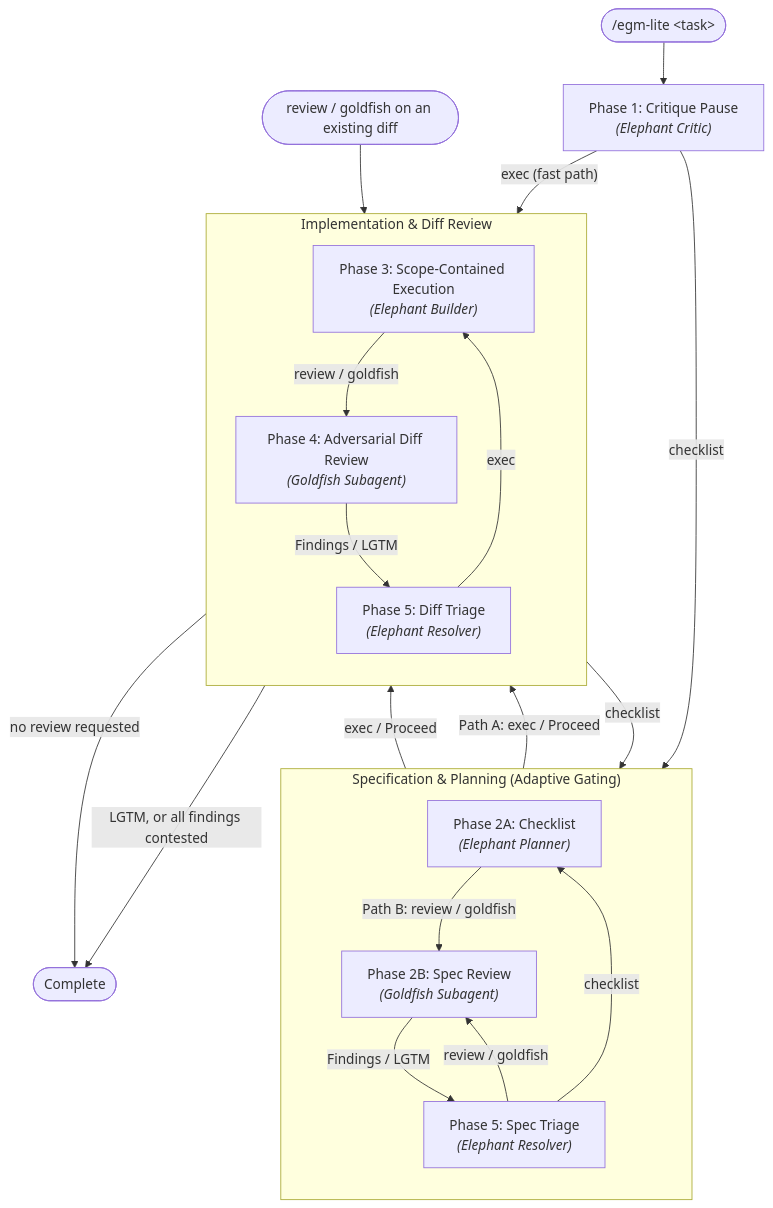
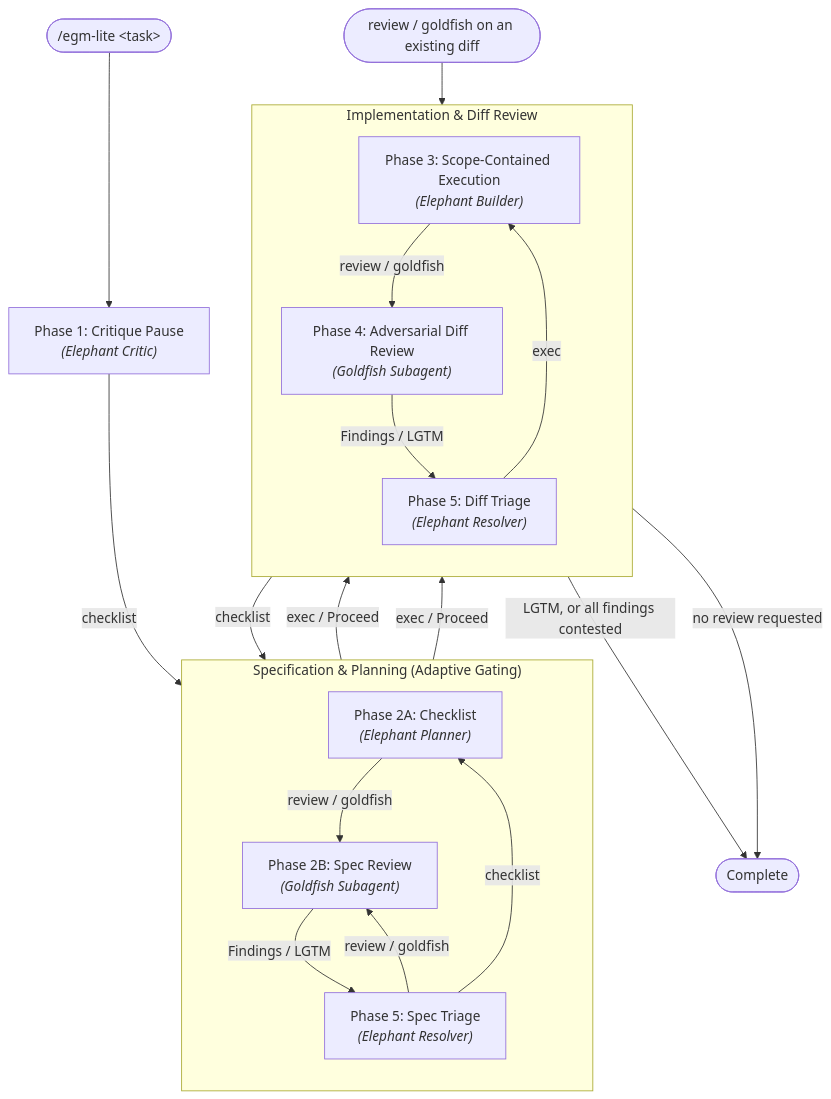
The diagram in docs/designs/lite.md (google/elephant-goldfish-model), drawn with Mermaid before and after one commit. The commit also changed other lines of this file and 3 other files, not shown here.

First line of the commit message:
Make checklist the only command at the egm-lite Critique Pause gate

````diff
--- a/docs/designs/lite.md
+++ b/docs/designs/lite.md
@@ -68,38 +69,37 @@
 ```mermaid
 flowchart TD
     Start(["/egm-lite &lt;task&gt;"]) --> CritiquePause
     CritiquePause["Phase 1: Critique Pause<br/><i>(Elephant Critic)</i>"]
 
     CritiquePause -->|"checklist"| ChecklistPhase
-    CritiquePause -->|"exec (fast path)"| ExecPhase
 
     subgraph SpecStage ["Specification & Planning (Adaptive Gating)"]
         direction TB
         ChecklistPhase["Phase 2A: Checklist<br/><i>(Elephant Planner)</i>"]
         SpecReview["Phase 2B: Spec Review<br/><i>(Goldfish Subagent)</i>"]
         SpecResolution["Phase 5: Spec Triage<br/><i>(Elephant Resolver)</i>"]
 
-        ChecklistPhase -->|"Path B: review / goldfish"| SpecReview
+        ChecklistPhase -->|"review / goldfish"| SpecReview
         SpecReview -->|"Findings / LGTM"| SpecResolution
         SpecResolution -->|"checklist"| ChecklistPhase
         SpecResolution -->|"review / goldfish"| SpecReview
     end
 
     subgraph DiffStage ["Implementation & Diff Review"]
         direction TB
         ExecPhase["Phase 3: Scope-Contained Execution<br/><i>(Elephant Builder)</i>"]
         DiffReview["Phase 4: Adversarial Diff Review<br/><i>(Goldfish Subagent)</i>"]
         DiffResolution["Phase 5: Diff Triage<br/><i>(Elephant Resolver)</i>"]
 
         ExecPhase -->|"review / goldfish"| DiffReview
         DiffReview -->|"Findings / LGTM"| DiffResolution
         DiffResolution -->|"exec"| ExecPhase
     end
 
-    ChecklistPhase -->|"Path A: exec / Proceed"| ExecPhase
+    ChecklistPhase -->|"exec / Proceed"| ExecPhase
     SpecResolution -->|"exec / Proceed"| ExecPhase
     DiffResolution -->|"checklist"| ChecklistPhase
     DiffResolution -->|"LGTM, or all findings contested"| Done(["Complete"])
     ExecPhase -->|"no review requested"| Done
     ExistingDiff(["review / goldfish on an existing diff"]) --> DiffReview
 ```
````
